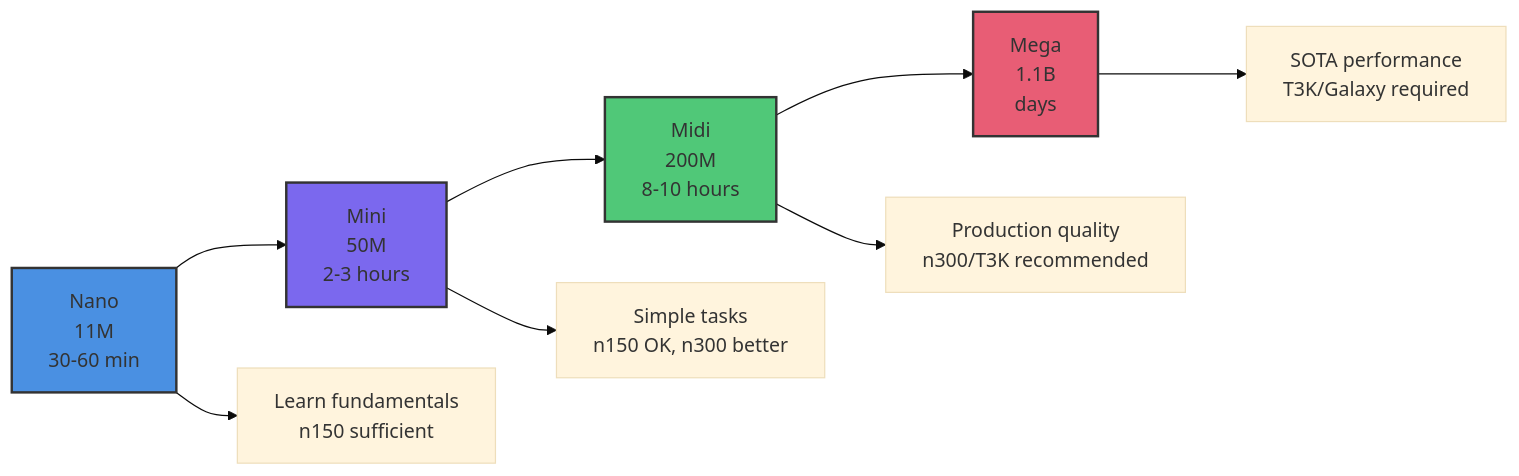
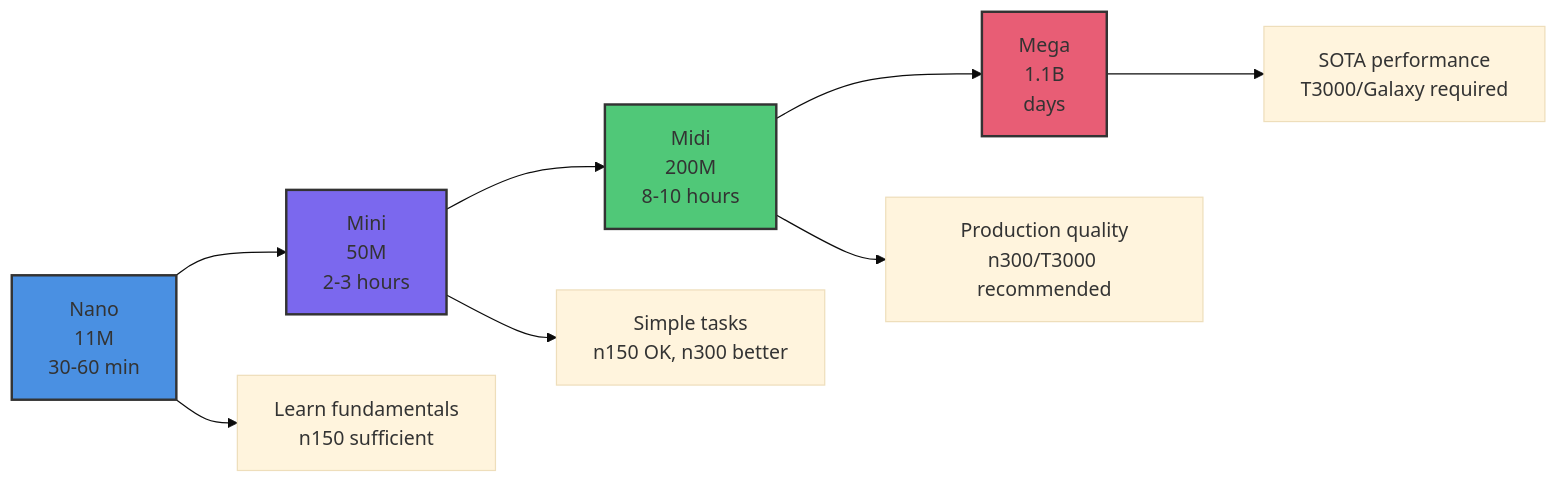
Before and after one commit to tenstorrent/tt-vscode-toolkit: the tenth of 10 diagrams in content/lessons/ct8-training-from-scratch.md, drawn with Mermaid (base theme). The commit also changed other lines of this file and 54 other files, not shown here.

````diff
--- a/content/lessons/ct8-training-from-scratch.md
+++ b/content/lessons/ct8-training-from-scratch.md
@@ -839,16 +839,16 @@
 ```mermaid
 graph LR
     A[Nano<br/>11M<br/>30-60 min] --> B[Mini<br/>50M<br/>2-3 hours]
     B --> C[Midi<br/>200M<br/>8-10 hours]
     C --> D[Mega<br/>1.1B<br/>days]
 
     A --> E[Learn fundamentals<br/>n150 sufficient]
     B --> F[Simple tasks<br/>n150 OK, n300 better]
-    C --> G[Production quality<br/>n300/T3K recommended]
-    D --> H[SOTA performance<br/>T3K/Galaxy required]
+    C --> G[Production quality<br/>n300/T3000 recommended]
+    D --> H[SOTA performance<br/>T3000/Galaxy required]
 
     style A fill:#4A90E2,stroke:#333,stroke-width:2px
     style B fill:#7B68EE,stroke:#333,stroke-width:2px
     style C fill:#50C878,stroke:#333,stroke-width:2px
     style D fill:#E85D75,stroke:#333,stroke-width:2px
 ```
````
